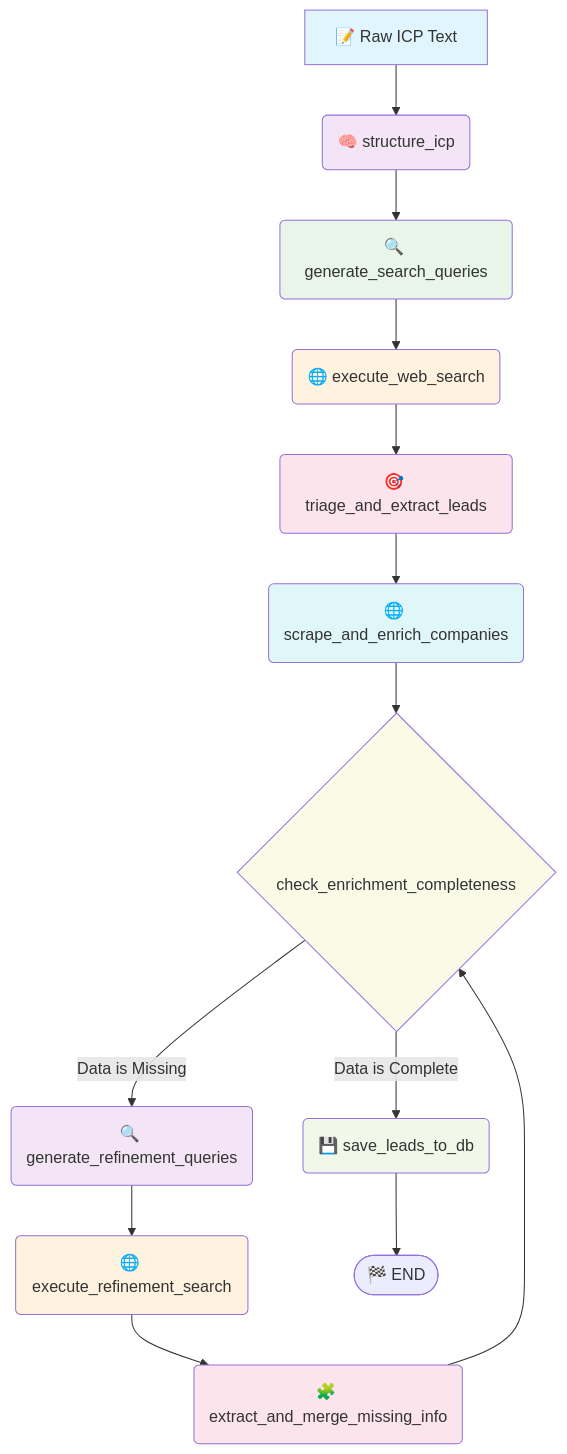
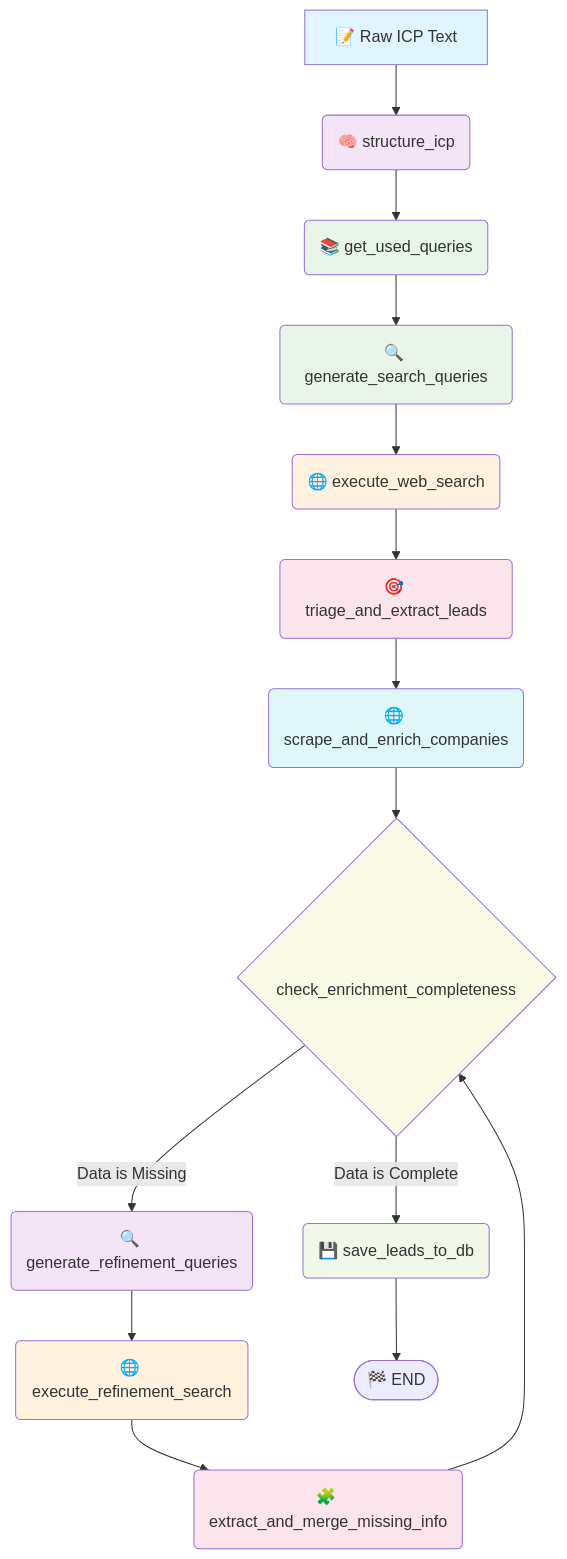
One commit to elio-longevai/medicapital-lead-generator changed the diagram in README.md. Above: the diagram before and after it, drawn with Mermaid. The commit also changed other lines of this file, not shown here.

````diff
--- a/README.md
+++ b/README.md
@@ -55,27 +57,29 @@
 ```mermaid
 graph TD
     A[📝 Raw ICP Text] --> B(🧠 structure_icp);
-    B --> C(🔍 generate_search_queries);
-    C --> D(🌐 execute_web_search);
-    D --> E(🎯 triage_and_extract_leads);
-    E --> F(🌐 scrape_and_enrich_companies);
-    F --> G{<br/>check_enrichment_completeness};
-    G -- "Data is Complete" --> K(💾 save_leads_to_db);
-    G -- "Data is Missing" --> H(🔍 generate_refinement_queries);
-    H --> I(🌐 execute_refinement_search);
-    I --> J(🧩 extract_and_merge_missing_info);
-    J --> G;
-    K --> L([🏁 END]);
+    B --> C(📚 get_used_queries);
+    C --> D(🔍 generate_search_queries);
+    D --> E(🌐 execute_web_search);
+    E --> F(🎯 triage_and_extract_leads);
+    F --> G(🌐 scrape_and_enrich_companies);
+    G --> H{<br/>check_enrichment_completeness};
+    H -- "Data is Complete" --> L(💾 save_leads_to_db);
+    H -- "Data is Missing" --> I(🔍 generate_refinement_queries);
+    I --> J(🌐 execute_refinement_search);
+    J --> K(🧩 extract_and_merge_missing_info);
+    K --> H;
+    L --> M([🏁 END]);
 
     style A fill:#e1f5fe
     style B fill:#f3e5f5
-    style C fill:#e8f5e8
-    style D fill:#fff3e0
-    style E fill:#fce4ec
-    style F fill:#e0f7fa
-    style G fill:#f9fbe7
-    style H fill:#f3e5f5
-    style I fill:#fff3e0
-    style J fill:#fce4ec
-    style K fill:#f1f8e9
+    style C fill:#e8f5e9
+    style D fill:#e8f5e8
+    style E fill:#fff3e0
+    style F fill:#fce4ec
+    style G fill:#e0f7fa
+    style H fill:#f9fbe7
+    style I fill:#f3e5f5
+    style J fill:#fff3e0
+    style K fill:#fce4ec
+    style L fill:#f1f8e9
 ```
````
